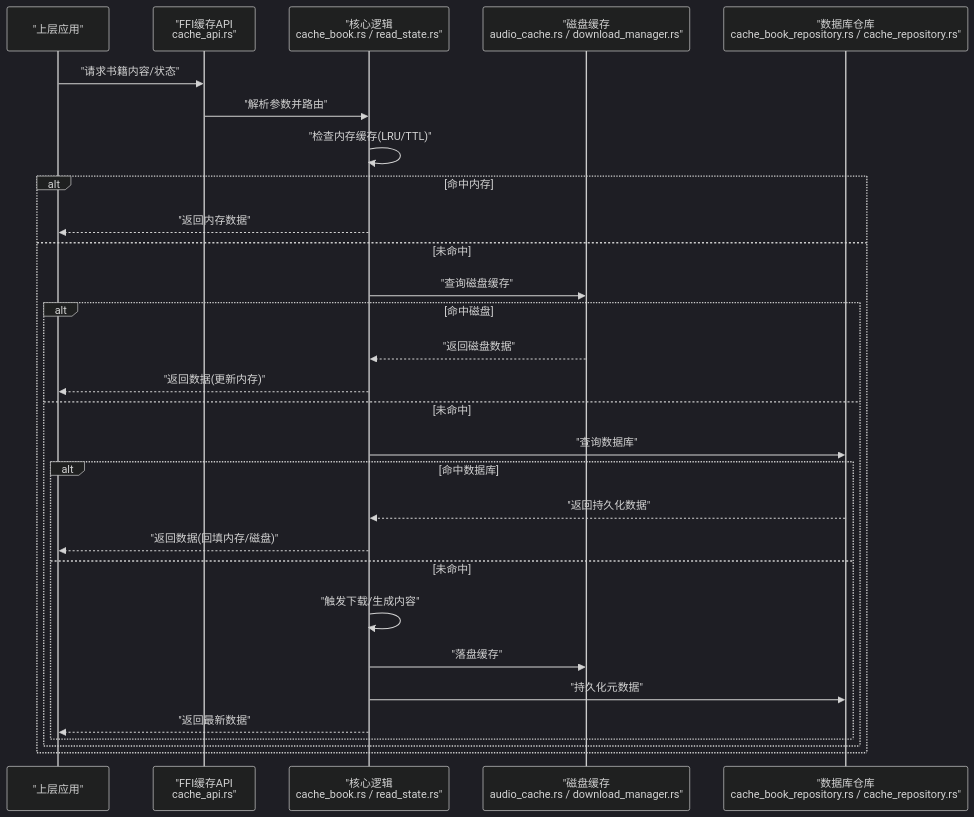
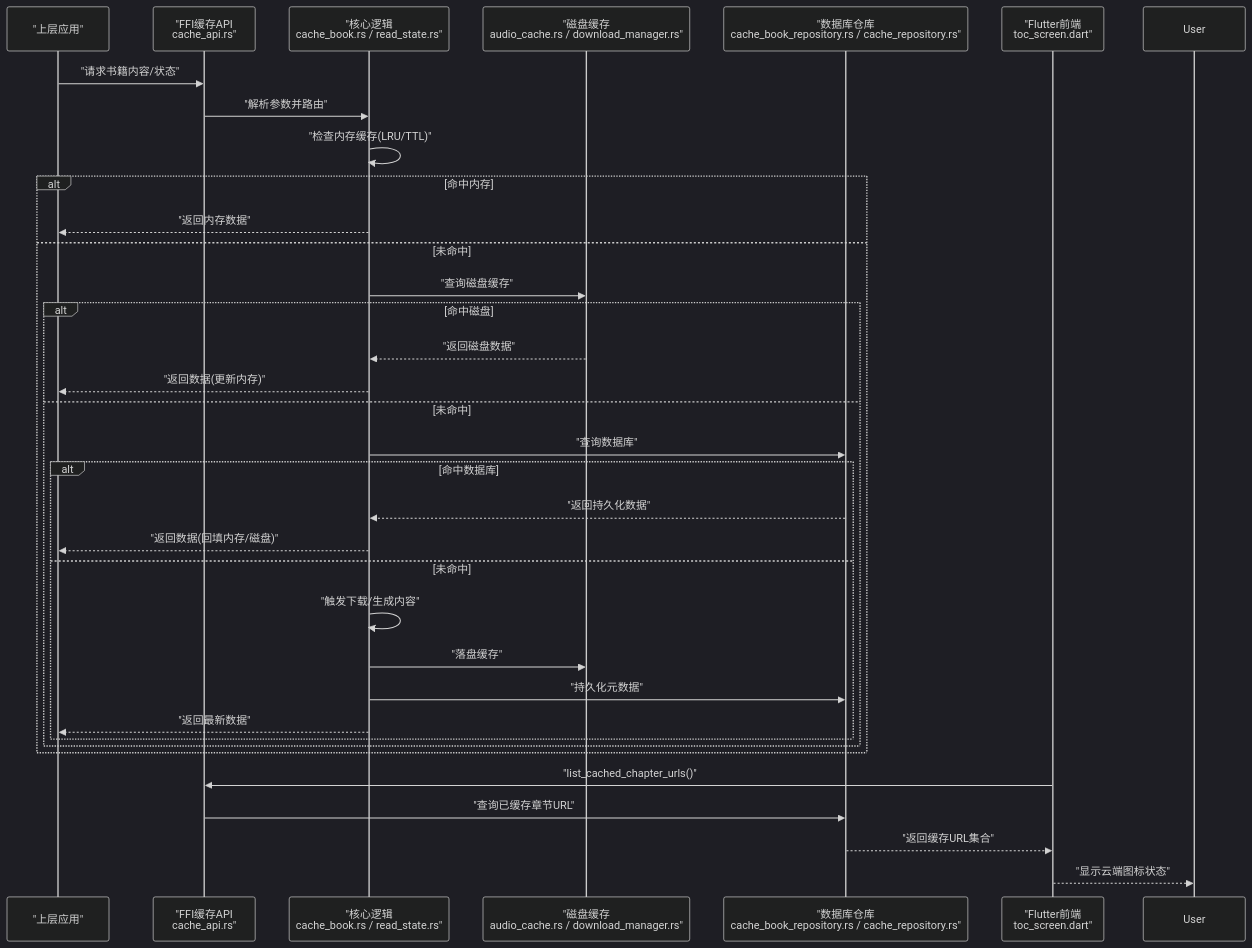
The second of 7 diagrams in .qoder/repowiki/zh/content/书籍处理系统/缓存管理.md (ZhangGHGitHub/LegadoTeamFlutter), drawn with Mermaid (dark theme) before and after one commit. The commit also changed other lines of this file and 173 other files, not shown here.

````diff
--- a/.qoder/repowiki/zh/content/书籍处理系统/缓存管理.md
+++ b/.qoder/repowiki/zh/content/书籍处理系统/缓存管理.md
@@ -143,31 +160,36 @@
 ```mermaid
 sequenceDiagram
 participant App as "上层应用"
 participant FFI as "FFI缓存API<br/>cache_api.rs"
 participant Core as "核心逻辑<br/>cache_book.rs / read_state.rs"
 participant Disk as "磁盘缓存<br/>audio_cache.rs / download_manager.rs"
 participant DB as "数据库仓库<br/>cache_book_repository.rs / cache_repository.rs"
+participant UI as "Flutter前端<br/>toc_screen.dart"
 App->>FFI : "请求书籍内容/状态"
 FFI->>Core : "解析参数并路由"
 Core->>Core : "检查内存缓存(LRU/TTL)"
 alt 命中内存
 Core-->>App : "返回内存数据"
 else 未命中
 Core->>Disk : "查询磁盘缓存"
 alt 命中磁盘
 Disk-->>Core : "返回磁盘数据"
 Core-->>App : "返回数据(更新内存)"
 else 未命中
 Core->>DB : "查询数据库"
 alt 命中数据库
 DB-->>Core : "返回持久化数据"
 Core-->>App : "返回数据(回填内存/磁盘)"
 else 未命中
 Core->>Core : "触发下载/生成内容"
 Core->>Disk : "落盘缓存"
 Core->>DB : "持久化元数据"
 Core-->>App : "返回最新数据"
 end
 end
 end
+UI->>FFI : "list_cached_chapter_urls()"
+FFI->>DB : "查询已缓存章节URL"
+DB-->>UI : "返回缓存URL集合"
+UI-->>User : "显示云端图标状态"
 ```
````
